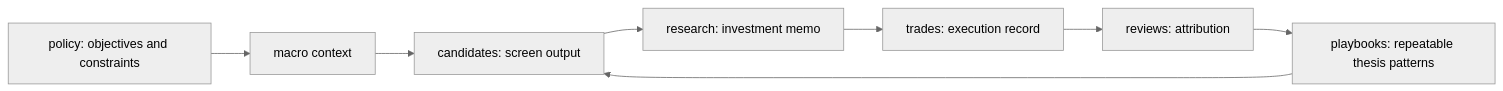
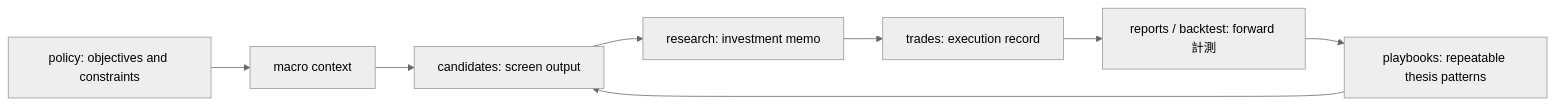
Before and after one commit to koumatsumoto/baibai-loop: the diagram in docs/concepts.md, drawn with Mermaid (neutral theme). The commit also changed other lines of this file and 34 other files, not shown here.

````diff
--- a/docs/concepts.md
+++ b/docs/concepts.md
@@ -22,10 +22,10 @@
 ```mermaid
 flowchart LR
   policy["policy: objectives and constraints"] --> macro["macro context"]
   macro --> candidates["candidates: screen output"]
   candidates --> research["research: investment memo"]
   research --> trades["trades: execution record"]
-  trades --> reviews["reviews: attribution"]
-  reviews --> playbooks["playbooks: repeatable thesis patterns"]
+  trades --> reports["reports / backtest: forward 計測"]
+  reports --> playbooks["playbooks: repeatable thesis patterns"]
   playbooks --> candidates
 ```
````
